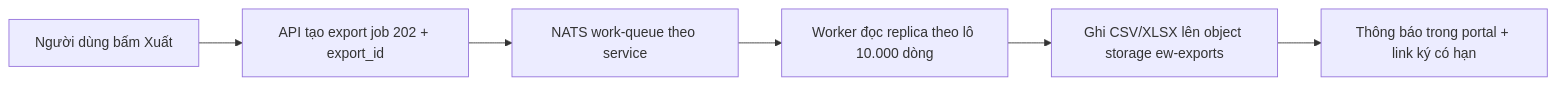
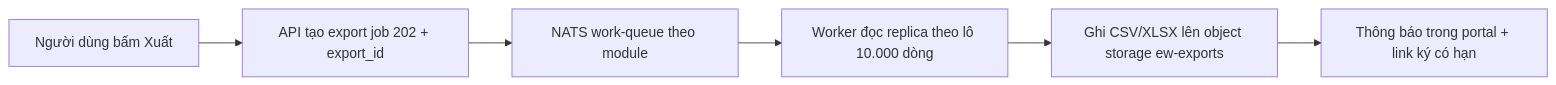
The second of 2 diagrams in docs/07-backend/DASHBOARD_DATA.md (tanguyen2020/eduworld-platform), drawn with Mermaid before and after one commit. The commit also changed other lines of this file and 922 other files, not shown here.

````diff
--- a/docs/07-backend/DASHBOARD_DATA.md
+++ b/docs/07-backend/DASHBOARD_DATA.md
@@ -199,8 +204,8 @@
 ```mermaid
 flowchart LR
   U[Người dùng bấm Xuất] --> A[API tạo export job 202 + export_id]
-  A --> Q[NATS work-queue theo service]
+  A --> Q[NATS work-queue theo module]
   Q --> W[Worker đọc replica theo lô 10.000 dòng]
   W --> F[Ghi CSV/XLSX lên object storage ew-exports]
   F --> N[Thông báo trong portal + link ký có hạn]
 ```
````
